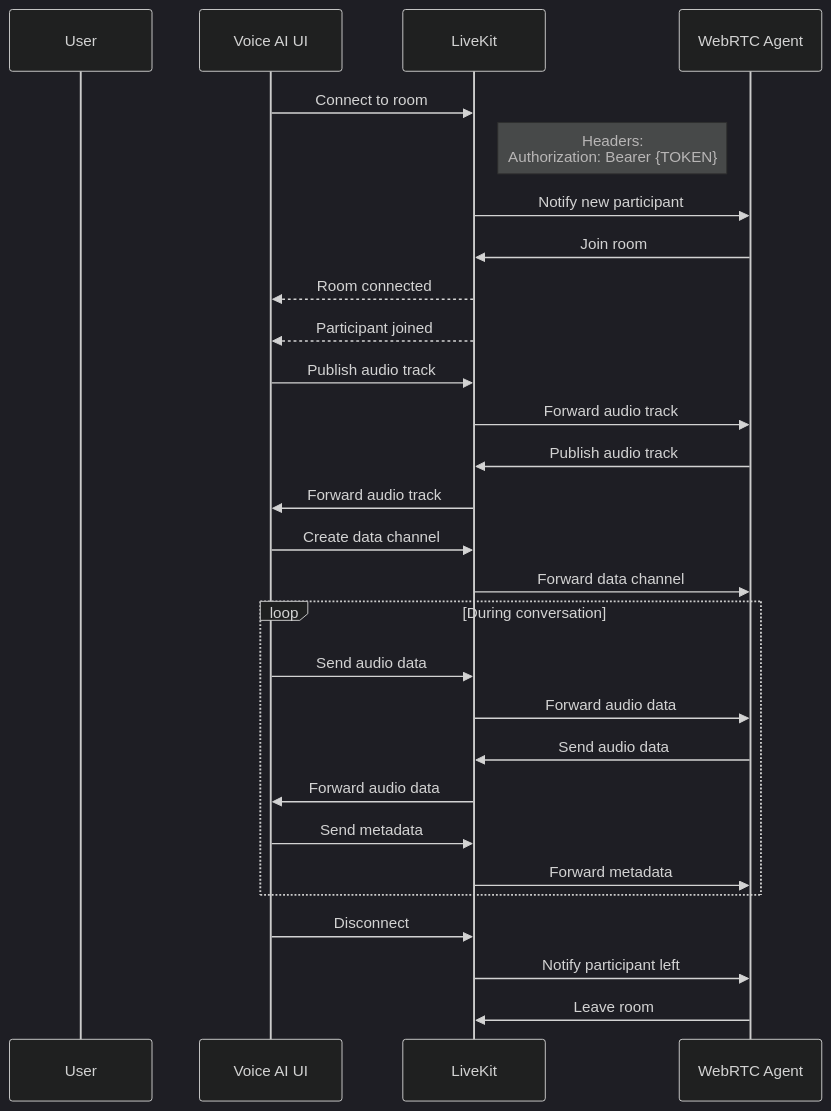
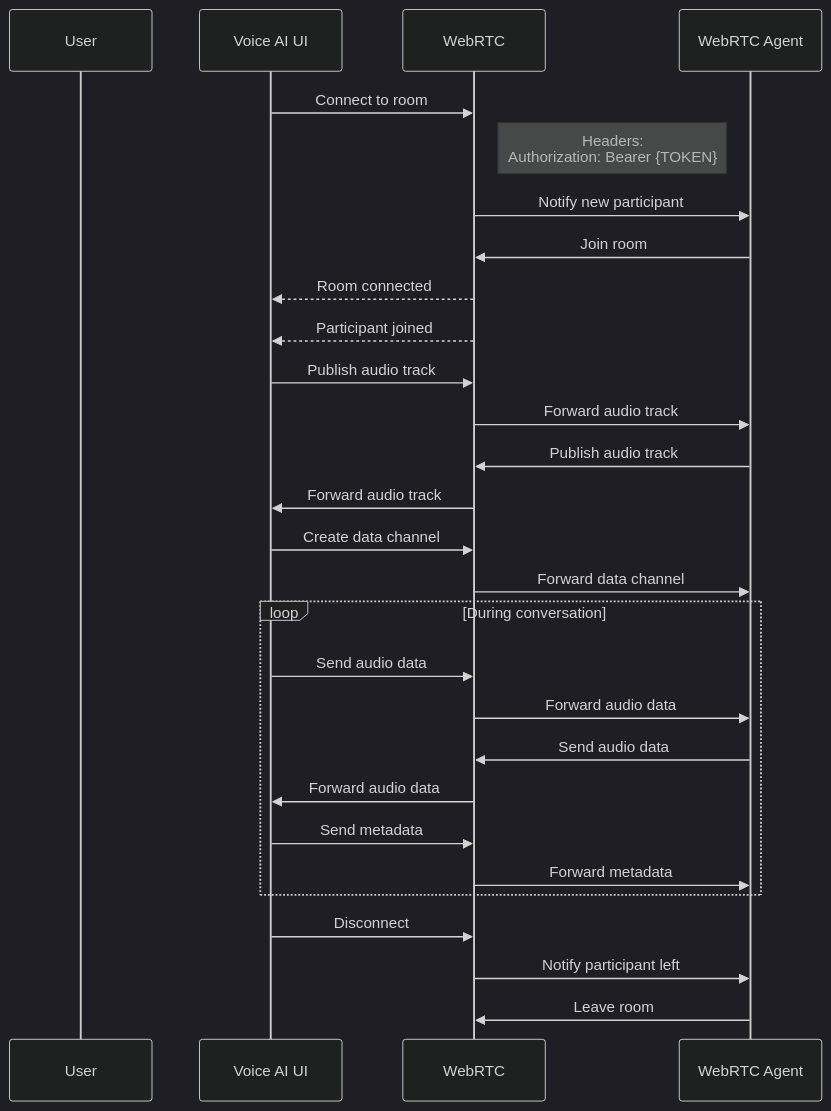
The fifth of 8 diagrams in docs/architecture/integration/2.6_API_Flow_Diagrams.md (geniaops/TainaDocs), drawn with Mermaid (dark theme) before and after one commit. The commit also changed other lines of this file and 17 other files, not shown here.

````diff
--- a/docs/architecture/integration/2.6_API_Flow_Diagrams.md
+++ b/docs/architecture/integration/2.6_API_Flow_Diagrams.md
@@ -357,43 +357,43 @@
 ```mermaid
 sequenceDiagram
     participant User
     participant Frontend as Voice AI UI
-    participant LiveKit
+    participant WebRTC
     participant Backend as WebRTC Agent
     
     %% Connection Initialization
-    Frontend->>LiveKit: Connect to room
-    Note right of LiveKit: Headers:<br/>Authorization: Bearer {TOKEN}
+    Frontend->>WebRTC: Connect to room
+    Note right of WebRTC: Headers:<br/>Authorization: Bearer {TOKEN}
     
-    LiveKit->>Backend: Notify new participant
-    Backend->>LiveKit: Join room
+    WebRTC->>Backend: Notify new participant
+    Backend->>WebRTC: Join room
     
-    LiveKit-->>Frontend: Room connected
-    LiveKit-->>Frontend: Participant joined
+    WebRTC-->>Frontend: Room connected
+    WebRTC-->>Frontend: Participant joined
     
     %% Media Tracks
-    Frontend->>LiveKit: Publish audio track
-    LiveKit->>Backend: Forward audio track
-    Backend->>LiveKit: Publish audio track
-    LiveKit->>Frontend: Forward audio track
+    Frontend->>WebRTC: Publish audio track
+    WebRTC->>Backend: Forward audio track
+    Backend->>WebRTC: Publish audio track
+    WebRTC->>Frontend: Forward audio track
     
     %% Data Channel
-    Frontend->>LiveKit: Create data channel
-    LiveKit->>Backend: Forward data channel
+    Frontend->>WebRTC: Create data channel
+    WebRTC->>Backend: Forward data channel
     
     %% Ongoing Communication
     loop During conversation
-        Frontend->>LiveKit: Send audio data
-        LiveKit->>Backend: Forward audio data
-        Backend->>LiveKit: Send audio data
-        LiveKit->>Frontend: Forward audio data
+        Frontend->>WebRTC: Send audio data
+        WebRTC->>Backend: Forward audio data
+        Backend->>WebRTC: Send audio data
+        WebRTC->>Frontend: Forward audio data
         
-        Frontend->>LiveKit: Send metadata
-        LiveKit->>Backend: Forward metadata
+        Frontend->>WebRTC: Send metadata
+        WebRTC->>Backend: Forward metadata
     end
     
     %% Disconnection
-    Frontend->>LiveKit: Disconnect
-    LiveKit->>Backend: Notify participant left
-    Backend->>LiveKit: Leave room
+    Frontend->>WebRTC: Disconnect
+    WebRTC->>Backend: Notify participant left
+    Backend->>WebRTC: Leave room
 ```
````
